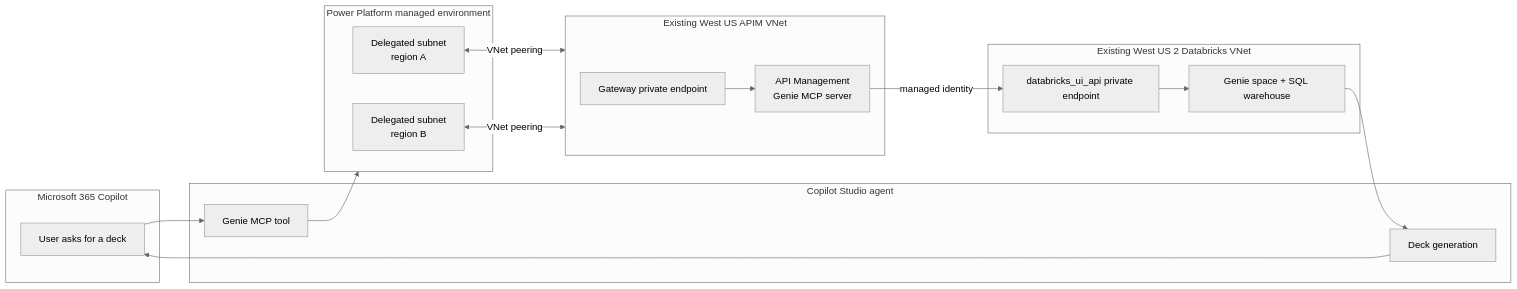
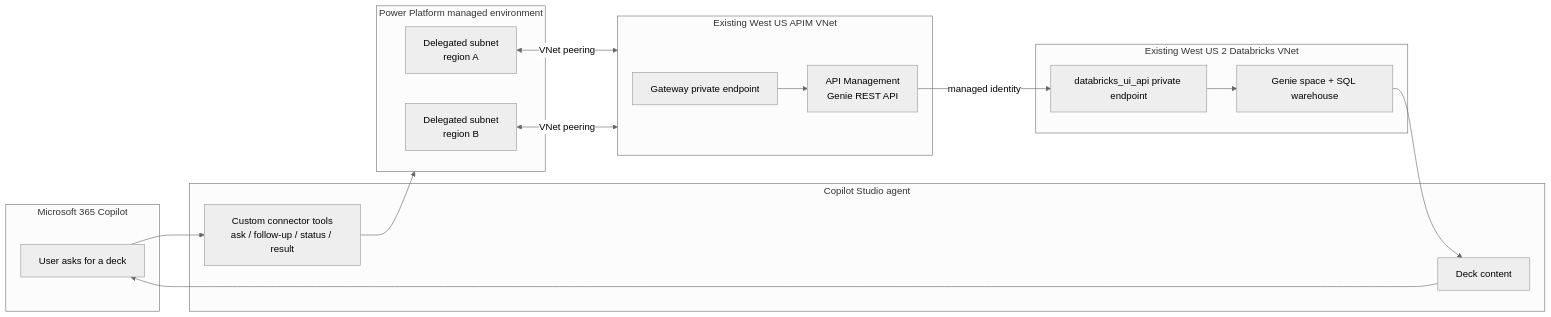
Before and after one commit to csdmichael/Azure-Databricks-Private-Agent-APIM: the first of 2 diagrams in Caldova-Env/docs/genie-mcp-copilot-studio-setup.md, drawn with Mermaid (neutral theme). The commit also changed other lines of this file and 1 other file, not shown here.

````diff
--- a/Caldova-Env/docs/genie-mcp-copilot-studio-setup.md
+++ b/Caldova-Env/docs/genie-mcp-copilot-studio-setup.md
@@ -21,33 +30,33 @@
 ```mermaid
 flowchart LR
   subgraph M365["Microsoft 365 Copilot"]
     USER["User asks for a deck"]
   end
 
   subgraph CS["Copilot Studio agent"]
-    TOOL["Genie MCP tool"]
-    PPT["Deck generation"]
+    TOOL["Custom connector tools<br/>ask / follow-up / status / result"]
+    PPT["Deck content"]
   end
 
   subgraph PP["Power Platform managed environment"]
     SUB1["Delegated subnet<br/>region A"]
     SUB2["Delegated subnet<br/>region B"]
   end
 
   subgraph APIMNET["Existing West US APIM VNet"]
     APIMPE["Gateway private endpoint"]
-    APIM["API Management<br/>Genie MCP server"]
+    APIM["API Management<br/>Genie REST API"]
   end
 
   subgraph DBXNET["Existing West US 2 Databricks VNet"]
     DBXPE["databricks_ui_api private endpoint"]
     GENIE["Genie space + SQL warehouse"]
   end
 
   USER --> TOOL --> PP
   SUB1 <-->|"VNet peering"| APIMNET
   SUB2 <-->|"VNet peering"| APIMNET
   APIMPE --> APIM
   APIM -->|"managed identity"| DBXPE --> GENIE
   GENIE --> PPT --> USER
 ```
````
